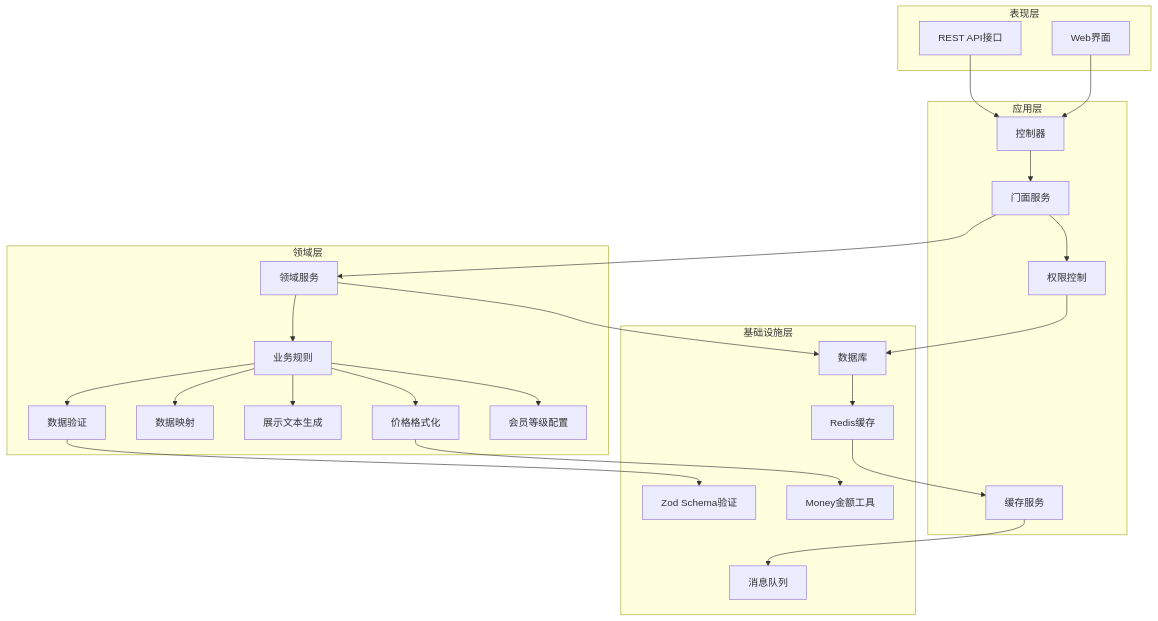
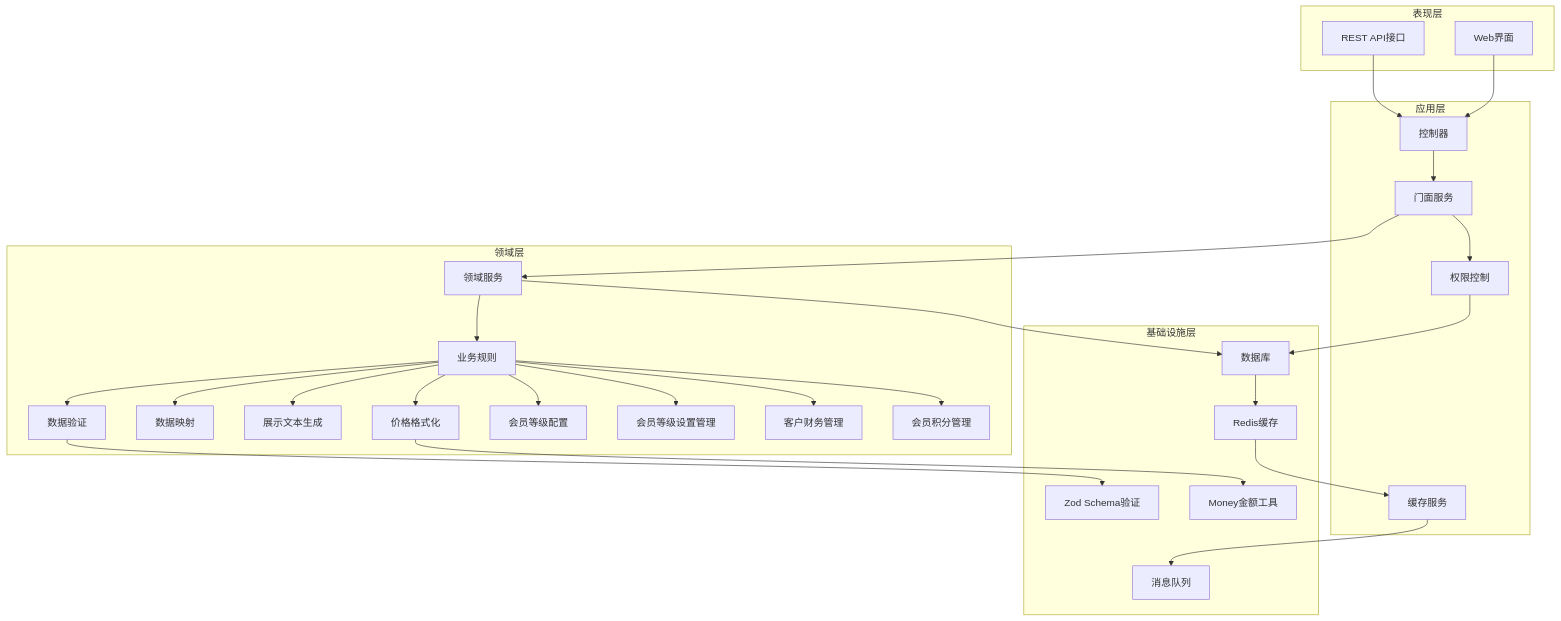
Before and after one commit to rc558620/purelyprofit-server: the second of 22 diagrams in .qoder/repowiki/zh/content/业务模块/营销推广模块/营销推广模块.md, drawn with Mermaid. The commit also changed other lines of this file and 10 other files, not shown here.

````diff
--- a/.qoder/repowiki/zh/content/业务模块/营销推广模块/营销推广模块.md
+++ b/.qoder/repowiki/zh/content/业务模块/营销推广模块/营销推广模块.md
@@ -179,47 +203,53 @@
 ```mermaid
 graph TB
 subgraph "表现层"
 API["REST API接口"]
 WebUI["Web界面"]
 end
 subgraph "应用层"
 Controllers["控制器"]
 Facades["门面服务"]
 AccessControl["权限控制"]
 Cache["缓存服务"]
 end
 subgraph "领域层"
 DomainServices["领域服务"]
 BusinessRules["业务规则"]
 Validation["数据验证"]
 Mapping["数据映射"]
 DisplayText["展示文本生成"]
 PriceFormatting["价格格式化"]
 MemberLevelConfig["会员等级配置"]
+MemberLevelSettings["会员等级设置管理"]
+CustomerFinance["客户财务管理"]
+CustomerPoints["会员积分管理"]
 end
 subgraph "基础设施层"
 Database["数据库"]
 Redis["Redis缓存"]
 Queue["消息队列"]
 Schemas["Zod Schema验证"]
 MoneyUtils["Money金额工具"]
 end
 API --> Controllers
 WebUI --> Controllers
 Controllers --> Facades
 Facades --> DomainServices
 DomainServices --> BusinessRules
 BusinessRules --> Validation
 BusinessRules --> Mapping
 BusinessRules --> DisplayText
 BusinessRules --> PriceFormatting
 BusinessRules --> MemberLevelConfig
+BusinessRules --> MemberLevelSettings
+BusinessRules --> CustomerFinance
+BusinessRules --> CustomerPoints
 Validation --> Schemas
 PriceFormatting --> MoneyUtils
 DomainServices --> Database
 Facades --> AccessControl
 AccessControl --> Database
 Database --> Redis
 Redis --> Cache
 Cache --> Queue
 ```
````
